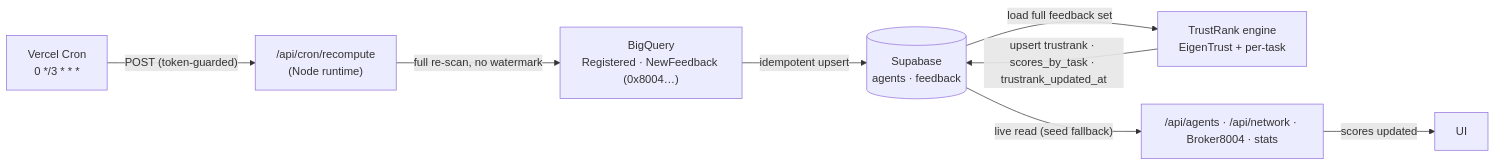
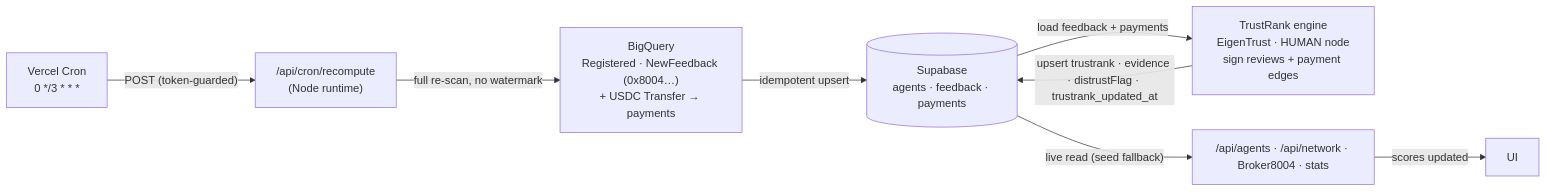
One commit to lukaske/pfand changed the second of 3 diagrams in docs/architecture.md. Above: the diagram before and after it, drawn with Mermaid. The commit also changed other lines of this file and 23 other files, not shown here.

First line of the commit message:
v2: EigenTrust trust primitive — HUMAN oracle node, sign edges, payment edges, Pfand enforcement

````diff
--- a/docs/architecture.md
+++ b/docs/architecture.md
@@ -127,10 +144,10 @@
 ```mermaid
 flowchart LR
     CRON["Vercel Cron<br/>0 */3 * * *"] -->|"POST (token-guarded)"| ROUTE["/api/cron/recompute<br/>(Node runtime)"]
-    ROUTE -->|"full re-scan, no watermark"| BQ["BigQuery<br/>Registered · NewFeedback (0x8004…)"]
-    BQ -->|"idempotent upsert"| SUPA[("Supabase<br/>agents · feedback")]
-    SUPA -->|"load full feedback set"| ENG["TrustRank engine<br/>EigenTrust + per-task"]
-    ENG -->|"upsert trustrank · scores_by_task · trustrank_updated_at"| SUPA
+    ROUTE -->|"full re-scan, no watermark"| BQ["BigQuery<br/>Registered · NewFeedback (0x8004…)<br/>+ USDC Transfer → payments"]
+    BQ -->|"idempotent upsert"| SUPA[("Supabase<br/>agents · feedback · payments")]
+    SUPA -->|"load feedback + payments"| ENG["TrustRank engine<br/>EigenTrust · HUMAN node<br/>sign reviews + payment edges"]
+    ENG -->|"upsert trustrank · evidence · distrustFlag · trustrank_updated_at"| SUPA
     SUPA -->|"live read (seed fallback)"| APP["/api/agents · /api/network · Broker8004 · stats"]
     APP -->|"scores updated <relative time>"| UI["UI"]
 ```
````
